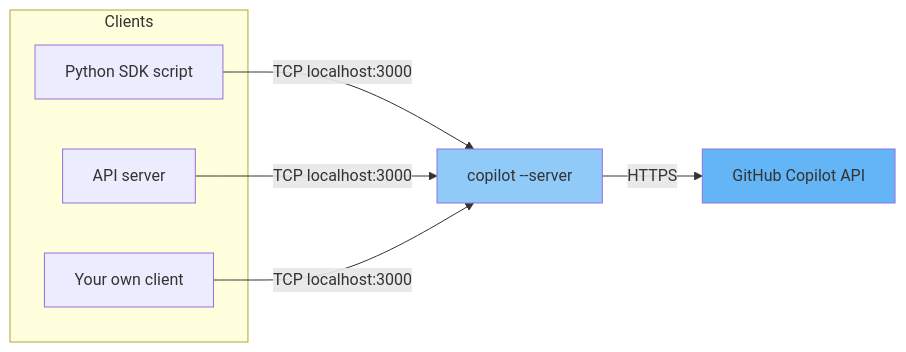
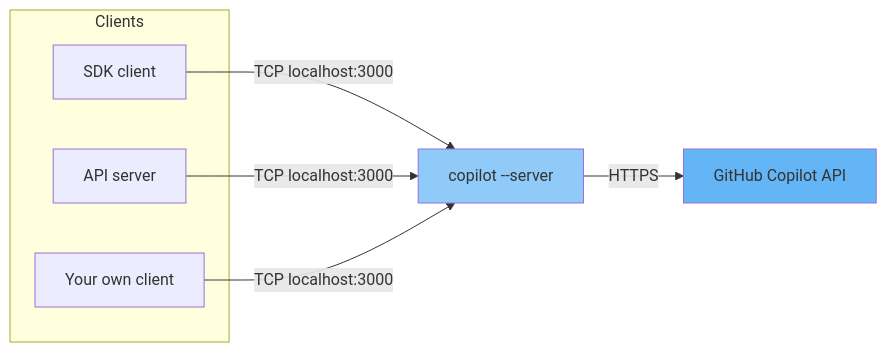
Before and after one commit to ks6088ts/template-github-copilot: the diagram in docs/copilot_sdk_tutorial/server_mode.md, drawn with Mermaid. The commit also changed other lines of this file and 40 other files, not shown here.

````diff
--- a/docs/copilot_sdk_tutorial/server_mode.md
+++ b/docs/copilot_sdk_tutorial/server_mode.md
@@ -37,15 +37,15 @@
 ```mermaid
 graph LR
     subgraph Clients
-        A[Python SDK script]
+        A[SDK client]
         B[API server]
         C[Your own client]
     end
     A -->|TCP localhost:3000| S[copilot --server]
     B -->|TCP localhost:3000| S
     C -->|TCP localhost:3000| S
     S -->|HTTPS| D[GitHub Copilot API]
 
     style S fill:#90caf9
     style D fill:#64b5f6
 ```
````
